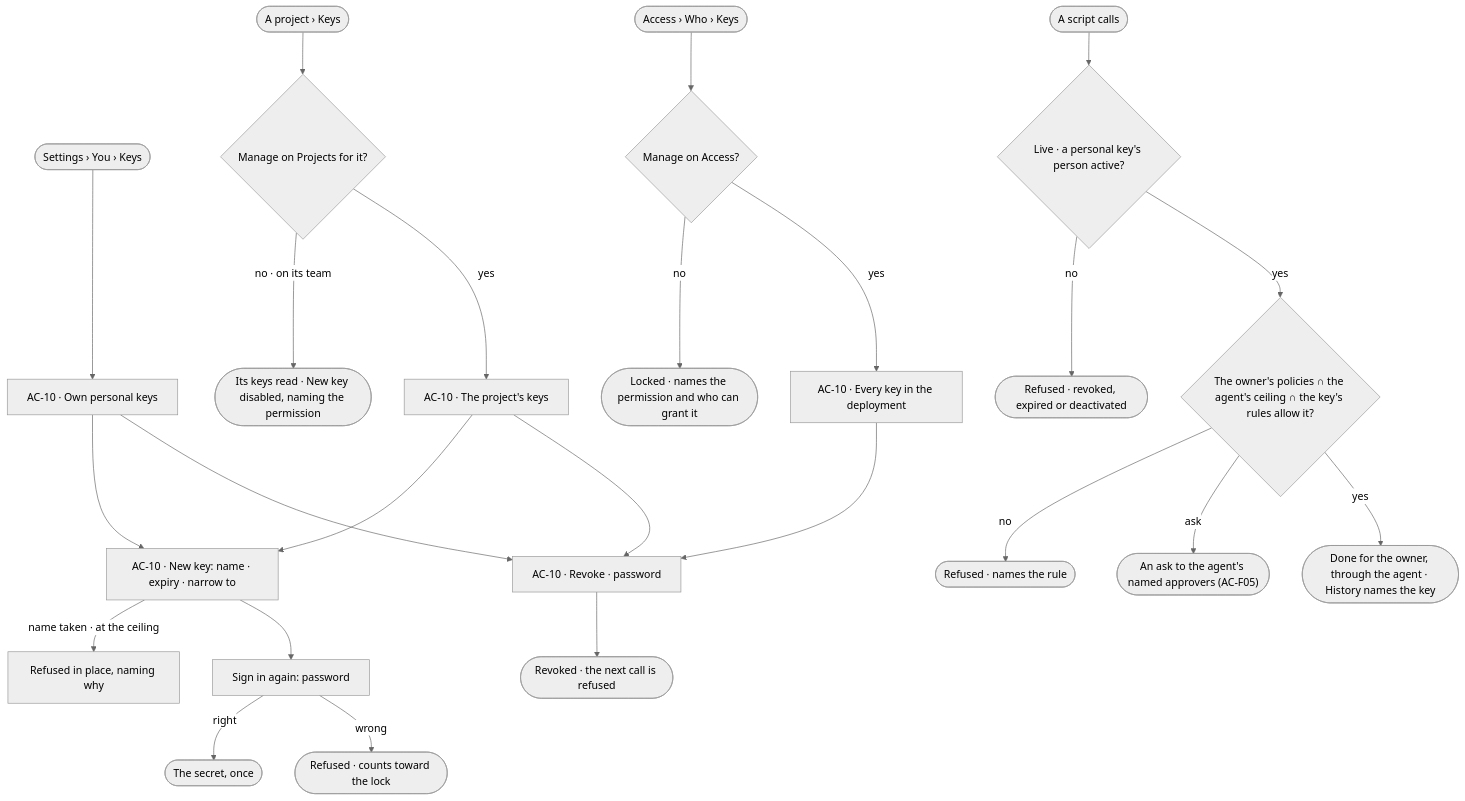
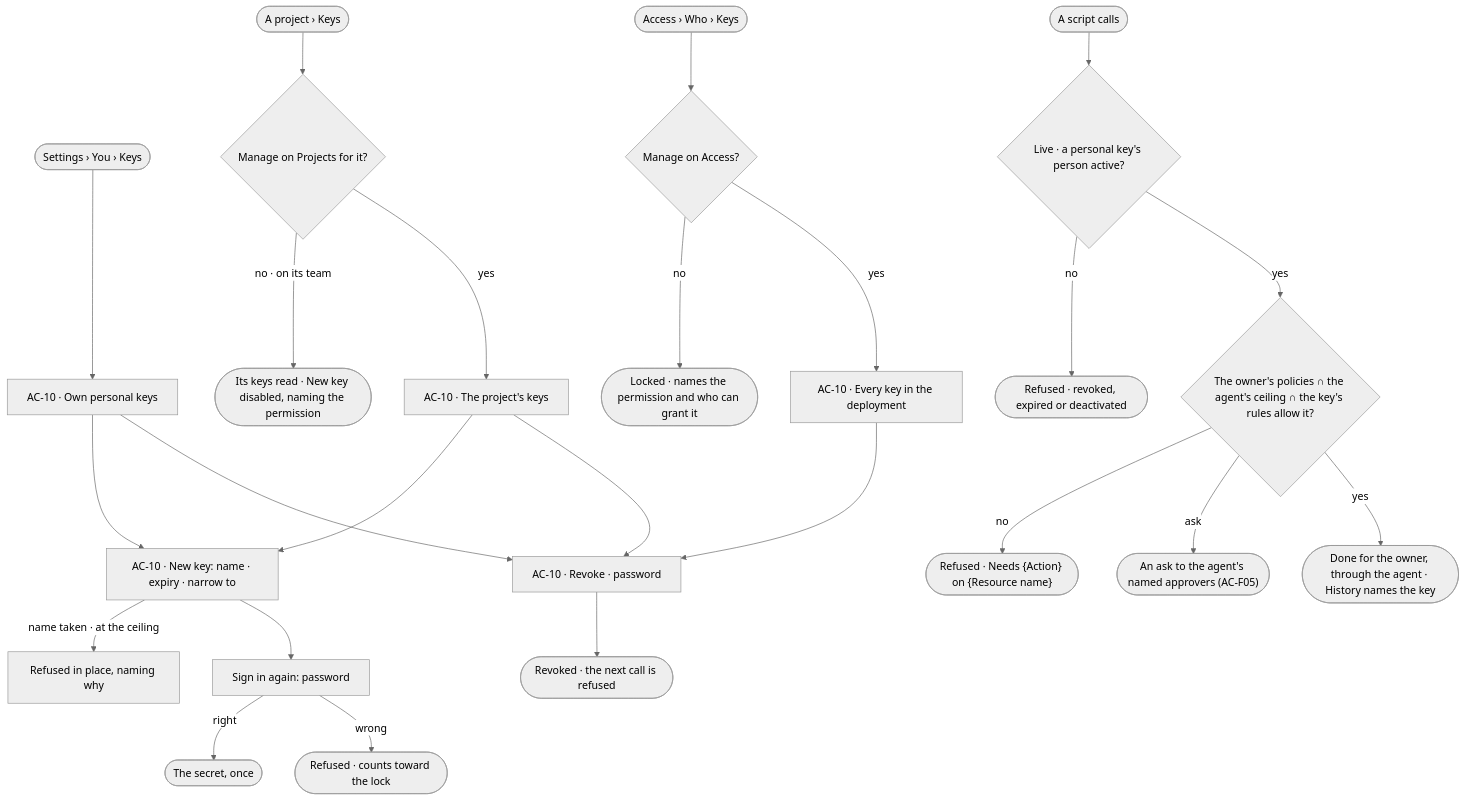
Before and after one commit to invana/invana: the diagram in specs/os/access/features/AC-F10-keys/feature.md, drawn with Mermaid (neutral theme). The commit also changed 13 other files, not shown here.

Commit message:
docs(specs): refusals and grants never name a rule without Read on Access Policies

````diff
--- a/specs/os/access/features/AC-F10-keys/feature.md
+++ b/specs/os/access/features/AC-F10-keys/feature.md
@@ -24,26 +24,26 @@
 ```mermaid
 flowchart TD
   me([Settings › You › Keys]) --> list["AC-10 · Own personal keys"]
   pj([A project › Keys]) --> pk{"Manage on Projects for it?"}
   pk -->|no · on its team| pr(["Its keys read · New key disabled, naming the permission"])
   pk -->|yes| plist["AC-10 · The project's keys"]
   ad([Access › Who › Keys]) --> who{"Manage on Access?"}
   who -->|no| lk(["Locked · names the permission and who can grant it"])
   who -->|yes| all["AC-10 · Every key in the deployment"]
   list --> mint["AC-10 · New key: name · expiry · narrow to"]
   plist --> mint
   mint -->|name taken · at the ceiling| ref["Refused in place, naming why"]
   mint --> again["Sign in again: password"]
   again -->|right| secret(["The secret, once"])
   again -->|wrong| no(["Refused · counts toward the lock"])
   list --> rv["AC-10 · Revoke · password"]
   all --> rv
   plist --> rv
   rv --> gone(["Revoked · the next call is refused"])
   use([A script calls]) --> chk{"Live · a personal key's person active?"}
   chk -->|no| r1(["Refused · revoked, expired or deactivated"])
   chk -->|yes| reach{"The owner's policies ∩ the agent's ceiling ∩ the key's rules allow it?"}
-  reach -->|no| r2(["Refused · names the rule"])
+  reach -->|no| r2(["Refused · Needs {Action} on {Resource name}"])
   reach -->|ask| ask(["An ask to the agent's named approvers (AC-F05)"])
   reach -->|yes| ok(["Done for the owner, through the agent · History names the key"])
 ```
````
